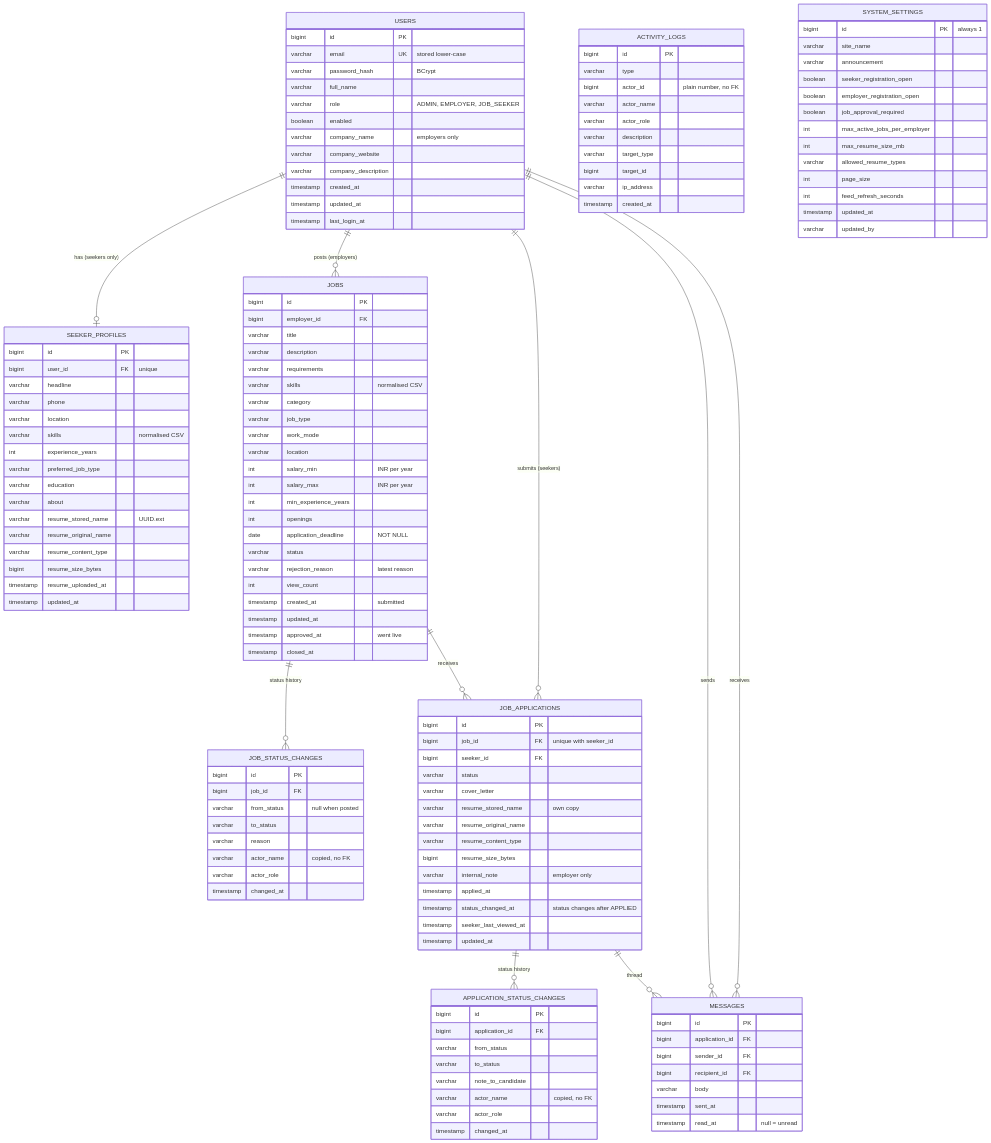
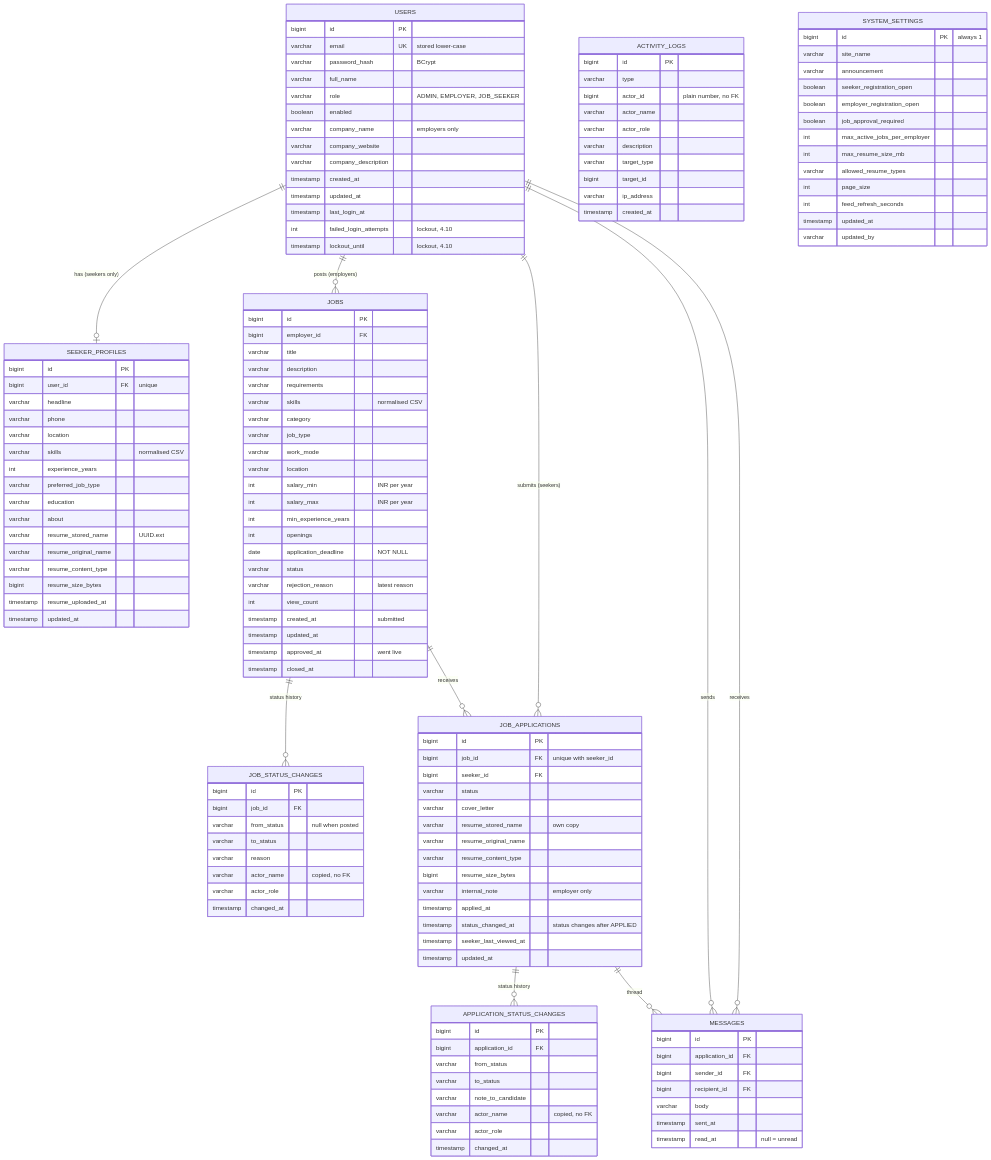
The fourth of 7 diagrams in docs/PROJECT_PLAN.md (ArjavJain07/Online-Job-Portal), drawn with Mermaid before and after one commit. The commit also changed other lines of this file and 14 other files, not shown here.

```diff
--- a/docs/PROJECT_PLAN.md
+++ b/docs/PROJECT_PLAN.md
@@ -513,6 +556,8 @@
         timestamp created_at
         timestamp updated_at
         timestamp last_login_at
+        int failed_login_attempts "lockout, 4.10"
+        timestamp lockout_until "lockout, 4.10"
     }
     SEEKER_PROFILES {
         bigint id PK
```
